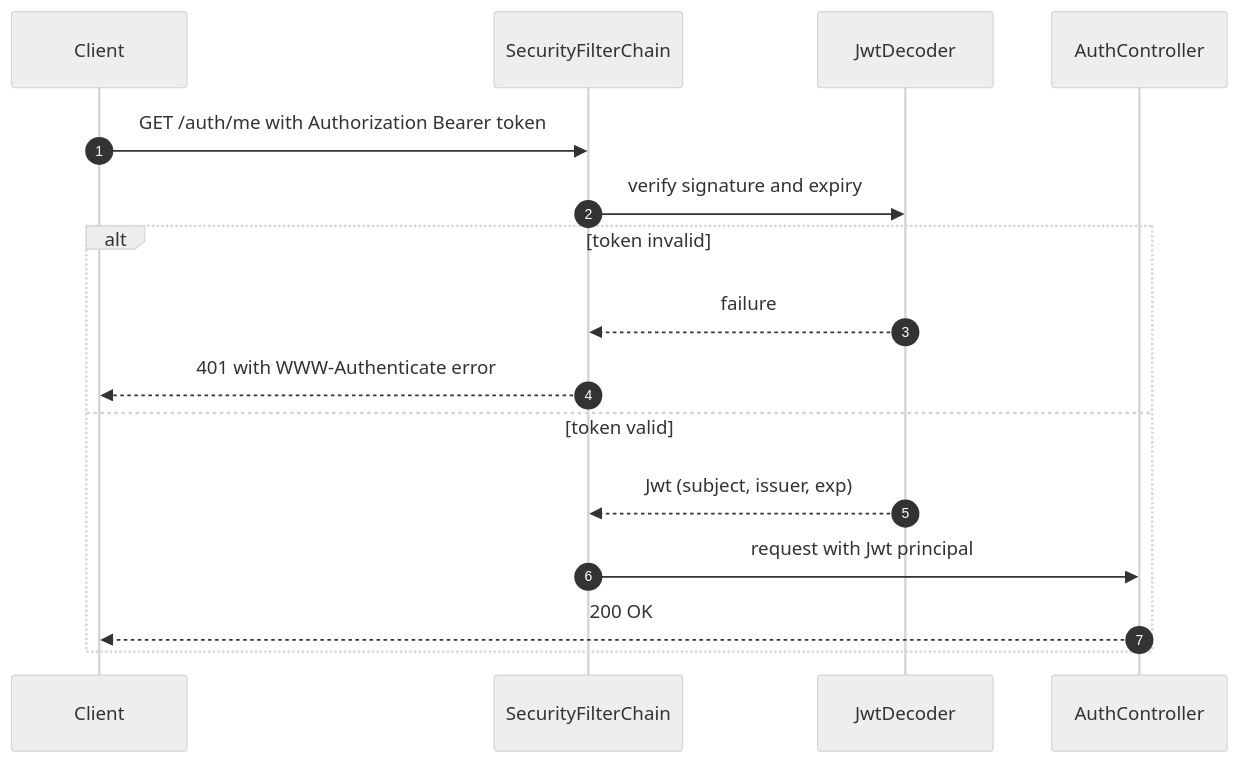
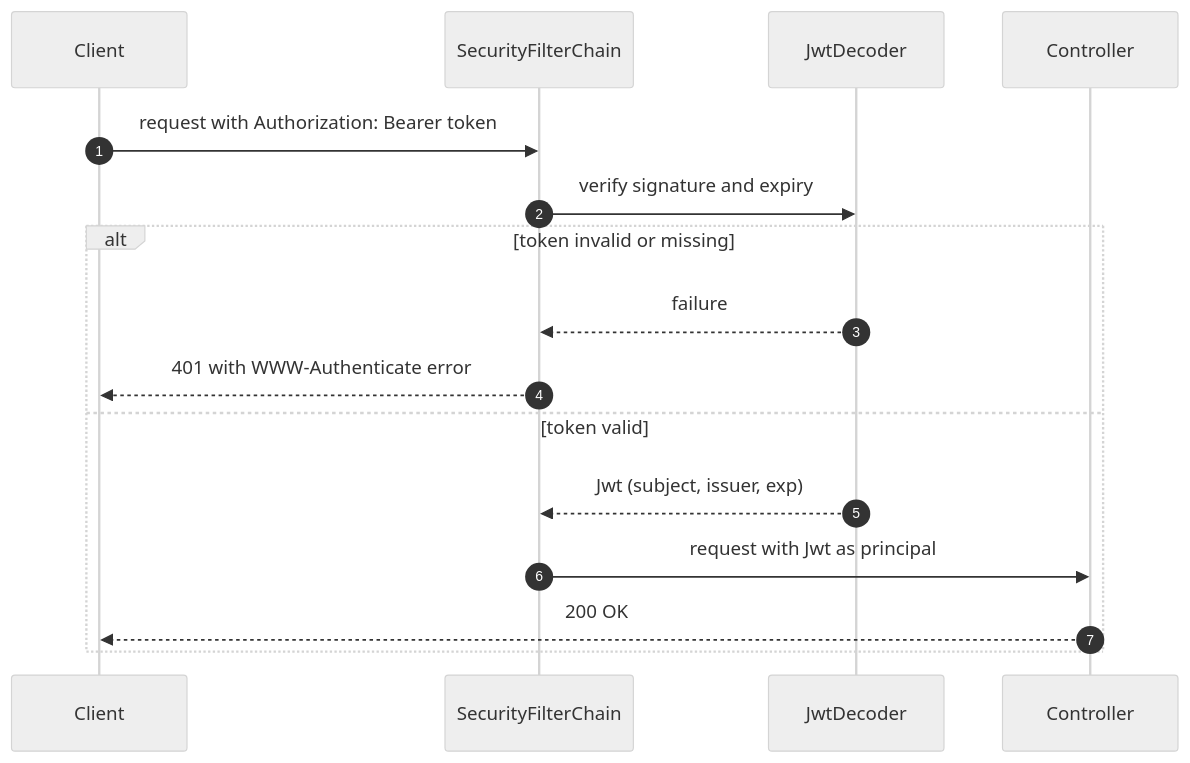
The fifth of 5 diagrams in docs/01-auth.md (NikanEidi/ledgerlite), drawn with Mermaid (neutral theme) before and after one commit. The commit also changed other lines of this file and 15 other files, not shown here.

````diff
--- a/docs/01-auth.md
+++ b/docs/01-auth.md
@@ -139,19 +139,19 @@
 ```mermaid
 sequenceDiagram
     autonumber
     participant C as Client
     participant SF as SecurityFilterChain
     participant JD as JwtDecoder
-    participant AC as AuthController
+    participant AC as Controller
 
-    C->>SF: GET /auth/me with Authorization Bearer token
+    C->>SF: request with Authorization: Bearer token
     SF->>JD: verify signature and expiry
-    alt token invalid
+    alt token invalid or missing
         JD-->>SF: failure
         SF-->>C: 401 with WWW-Authenticate error
     else token valid
         JD-->>SF: Jwt (subject, issuer, exp)
-        SF->>AC: request with Jwt principal
+        SF->>AC: request with Jwt as principal
         AC-->>C: 200 OK
     end
 ```
````
